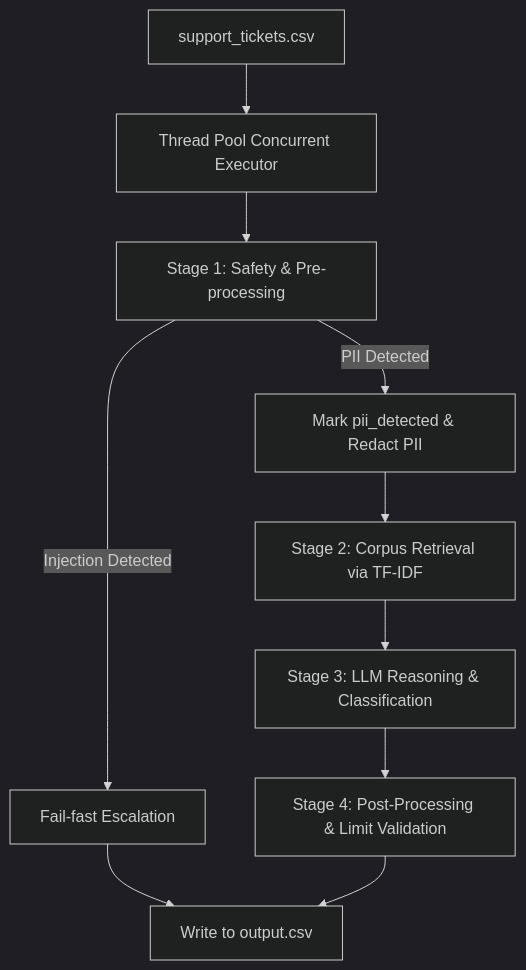
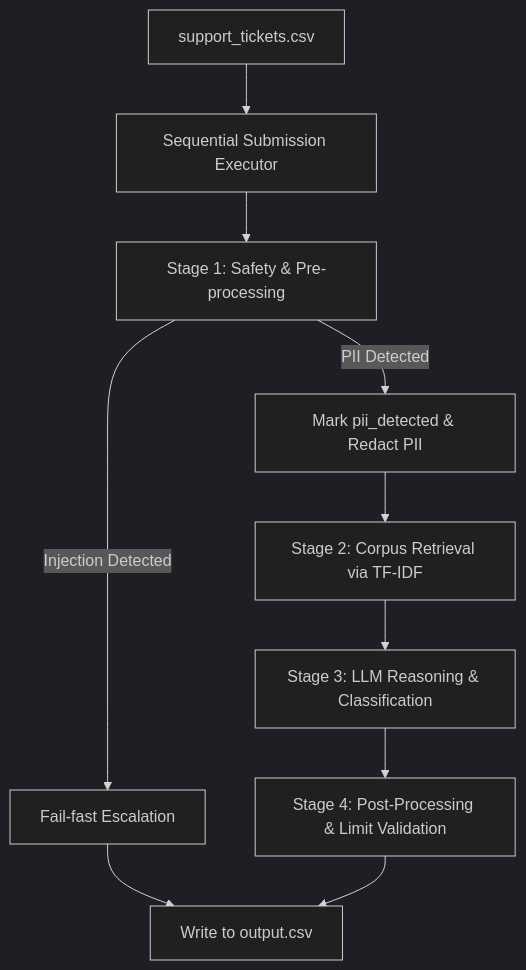
Before and after one commit to iamsankeerth/MLE-Assignment: the diagram in code/ARCHITECTURE.md, drawn with Mermaid (dark theme). The commit also changed other lines of this file and 7 other files, not shown here.

````diff
--- a/code/ARCHITECTURE.md
+++ b/code/ARCHITECTURE.md
@@ -9,12 +9,12 @@
 ```mermaid
 graph TD
-    A[support_tickets.csv] --> B[Thread Pool Concurrent Executor]
+    A[support_tickets.csv] --> B[Sequential Submission Executor]
     B --> C[Stage 1: Safety & Pre-processing]
     C -->|PII Detected| C1[Mark pii_detected & Redact PII]
     C -->|Injection Detected| C2[Fail-fast Escalation]
     C1 --> D[Stage 2: Corpus Retrieval via TF-IDF]
     C2 --> Z[Write to output.csv]
     D --> E[Stage 3: LLM Reasoning & Classification]
     E --> F[Stage 4: Post-Processing & Limit Validation]
     F --> Z
 ```
````
